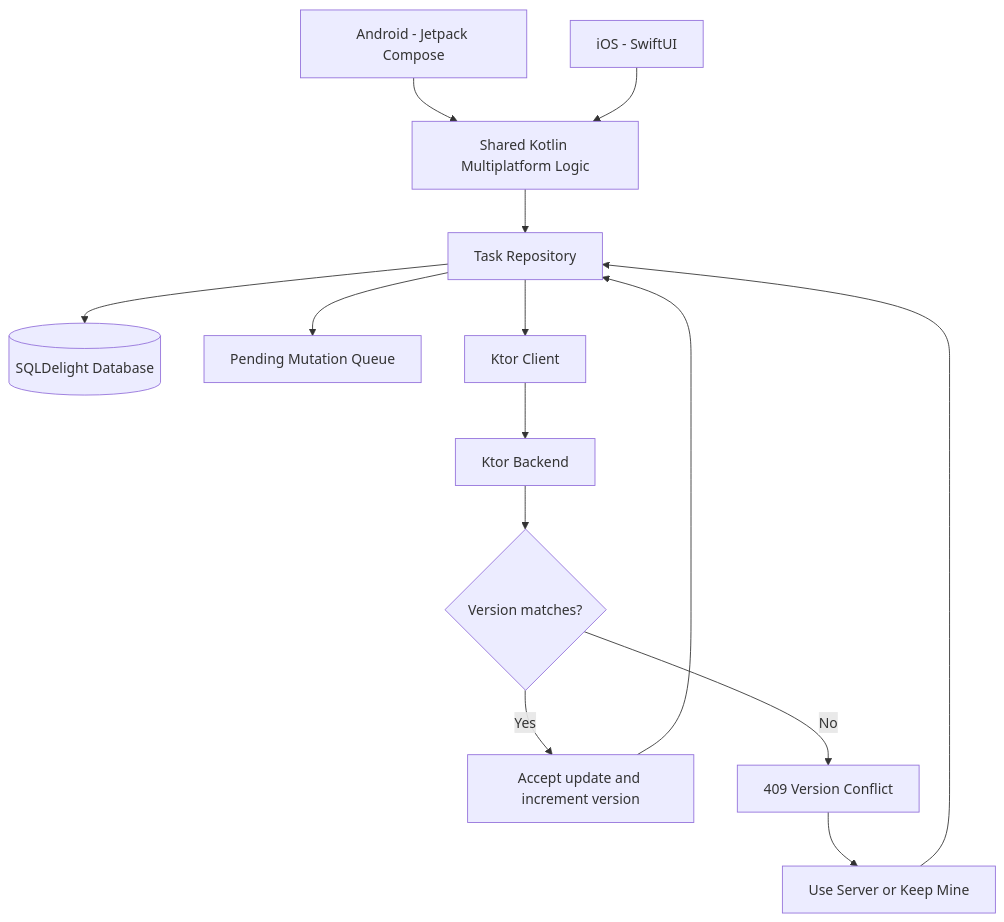
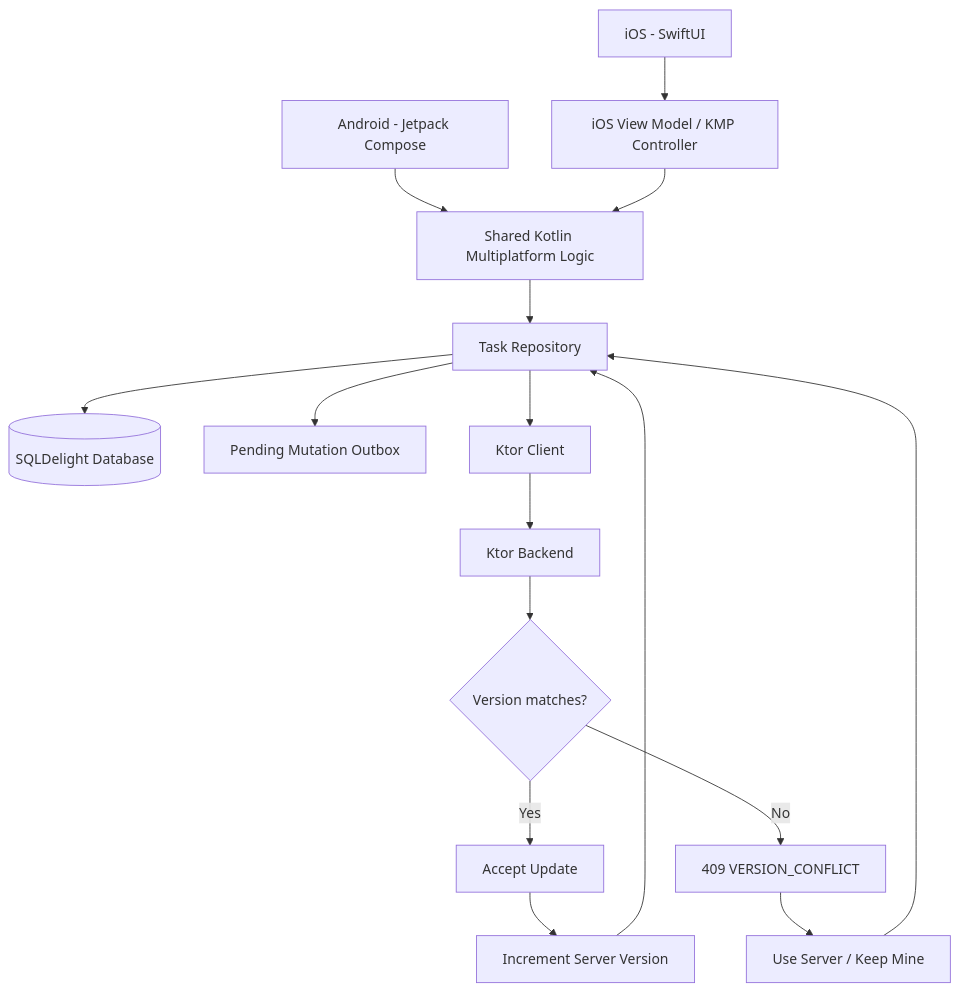
One commit to harmanpreetbuilds/syncboard-kmp changed the first of 2 diagrams in README.md. Above: the diagram before and after it, drawn with Mermaid. The commit also changed other lines of this file, not shown here.

````diff
--- a/README.md
+++ b/README.md
@@ -43,23 +112,30 @@
 ```mermaid
 flowchart TD
-    A[Android - Jetpack Compose]
-    B[iOS - SwiftUI]
+    Android[Android - Jetpack Compose]
+    IOS[iOS - SwiftUI]
 
-    A --> C[Shared Kotlin Multiplatform Logic]
-    B --> C
+    Android --> Shared
+    IOS --> Bridge[iOS View Model / KMP Controller]
+    Bridge --> Shared
 
-    C --> D[Task Repository]
-    D --> E[(SQLDelight Database)]
-    D --> F[Pending Mutation Queue]
-    D --> G[Ktor Client]
+    Shared[Shared Kotlin Multiplatform Logic]
 
-    G --> H[Ktor Backend]
+    Shared --> Repository[Task Repository]
 
-    H --> I{Version matches?}
-    I -->|Yes| J[Accept update and increment version]
-    I -->|No| K[409 Version Conflict]
+    Repository --> Database[(SQLDelight Database)]
+    Repository --> Outbox[Pending Mutation Outbox]
+    Repository --> Client[Ktor Client]
 
-    J --> D
-    K --> L[Use Server or Keep Mine]
-    L --> D
+    Client --> Server[Ktor Backend]
+
+    Server --> Version{Version matches?}
+
+    Version -->|Yes| Accepted[Accept Update]
+    Version -->|No| Conflict[409 VERSION_CONFLICT]
+
+    Accepted --> NewVersion[Increment Server Version]
+    NewVersion --> Repository
+
+    Conflict --> Resolution[Use Server / Keep Mine]
+    Resolution --> Repository
 ```
````
